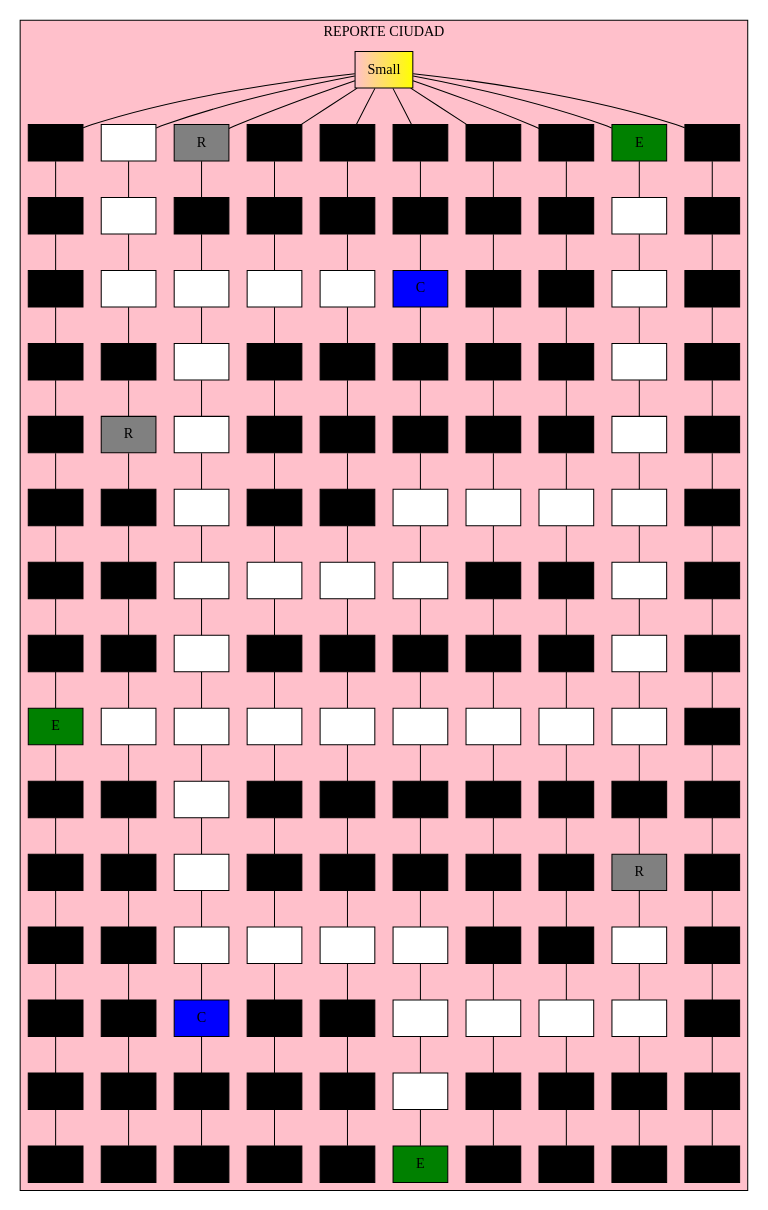
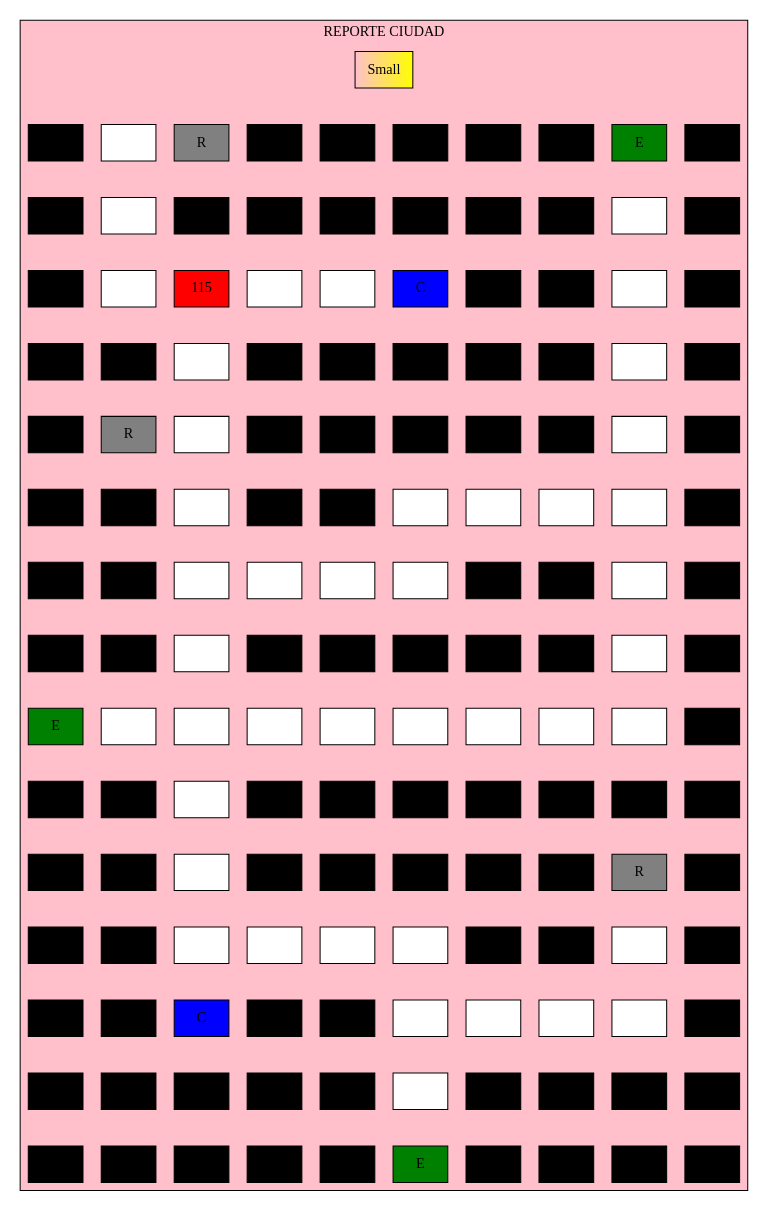
Before and after one commit to NatalyDuarte/IPC2_Proyecto2_202001570: the diagram in graficapatron.dot, drawn with Graphviz. The commit also changed 5 other files, not shown here.

```diff
--- a/graficapatron.dot
+++ b/graficapatron.dot
@@ -25,7 +25,7 @@
 name19[label="*" fillcolor="black" shape="box"];
 name20[label="*" fillcolor="black" shape="box"];
 name21[label=" " fillcolor="white" shape="box"];
-name22[label=" " fillcolor="white" shape="box"];
+name22[label="115" fillcolor="red" shape="box"];
 name23[label=" " fillcolor="white" shape="box"];
 name24[label=" " fillcolor="white" shape="box"];
 name25[label="C" fillcolor="blue" shape="box"];
@@ -153,155 +153,155 @@
 name147[label="*" fillcolor="black" shape="box"];
 name148[label="*" fillcolor="black" shape="box"];
 name149[label="*" fillcolor="black" shape="box"];
-nodoP -- name0;
-nodoP -- name1;
-nodoP -- name2;
-nodoP -- name3;
-nodoP -- name4;
-nodoP -- name5;
-nodoP -- name6;
-nodoP -- name7;
-nodoP -- name8;
-nodoP -- name9;
-name0 -- name10;
-name1 -- name11;
-name2 -- name12;
-name3 -- name13;
-name4 -- name14;
-name5 -- name15;
-name6 -- name16;
-name7 -- name17;
-name8 -- name18;
-name9 -- name19;
-name10 -- name20;
-name11 -- name21;
-name12 -- name22;
-name13 -- name23;
-name14 -- name24;
-name15 -- name25;
-name16 -- name26;
-name17 -- name27;
-name18 -- name28;
-name19 -- name29;
-name20 -- name30;
-name21 -- name31;
-name22 -- name32;
-name23 -- name33;
-name24 -- name34;
-name25 -- name35;
-name26 -- name36;
-name27 -- name37;
-name28 -- name38;
-name29 -- name39;
-name30 -- name40;
-name31 -- name41;
-name32 -- name42;
-name33 -- name43;
-name34 -- name44;
-name35 -- name45;
-name36 -- name46;
-name37 -- name47;
-name38 -- name48;
-name39 -- name49;
-name40 -- name50;
-name41 -- name51;
-name42 -- name52;
-name43 -- name53;
-name44 -- name54;
-name45 -- name55;
-name46 -- name56;
-name47 -- name57;
-name48 -- name58;
-name49 -- name59;
-name50 -- name60;
-name51 -- name61;
-name52 -- name62;
-name53 -- name63;
-name54 -- name64;
-name55 -- name65;
-name56 -- name66;
-name57 -- name67;
-name58 -- name68;
-name59 -- name69;
-name60 -- name70;
-name61 -- name71;
-name62 -- name72;
-name63 -- name73;
-name64 -- name74;
-name65 -- name75;
-name66 -- name76;
-name67 -- name77;
-name68 -- name78;
-name69 -- name79;
-name70 -- name80;
-name71 -- name81;
-name72 -- name82;
-name73 -- name83;
-name74 -- name84;
-name75 -- name85;
-name76 -- name86;
-name77 -- name87;
-name78 -- name88;
-name79 -- name89;
-name80 -- name90;
-name81 -- name91;
-name82 -- name92;
-name83 -- name93;
-name84 -- name94;
-name85 -- name95;
-name86 -- name96;
-name87 -- name97;
-name88 -- name98;
-name89 -- name99;
-name90 -- name100;
-name91 -- name101;
-name92 -- name102;
-name93 -- name103;
-name94 -- name104;
-name95 -- name105;
-name96 -- name106;
-name97 -- name107;
-name98 -- name108;
-name99 -- name109;
-name100 -- name110;
-name101 -- name111;
-name102 -- name112;
-name103 -- name113;
-name104 -- name114;
-name105 -- name115;
-name106 -- name116;
-name107 -- name117;
-name108 -- name118;
-name109 -- name119;
-name110 -- name120;
-name111 -- name121;
-name112 -- name122;
-name113 -- name123;
-name114 -- name124;
-name115 -- name125;
-name116 -- name126;
-name117 -- name127;
-name118 -- name128;
-name119 -- name129;
-name120 -- name130;
-name121 -- name131;
-name122 -- name132;
-name123 -- name133;
-name124 -- name134;
-name125 -- name135;
-name126 -- name136;
-name127 -- name137;
-name128 -- name138;
-name129 -- name139;
-name130 -- name140;
-name131 -- name141;
-name132 -- name142;
-name133 -- name143;
-name134 -- name144;
-name135 -- name145;
-name136 -- name146;
-name137 -- name147;
-name138 -- name148;
-name139 -- name149;
+nodoP -- name0[style ="invis" rank="min"] ;
+nodoP -- name1[style ="invis" rank="min"] ;
+nodoP -- name2[style ="invis" rank="min"] ;
+nodoP -- name3[style ="invis" rank="min"] ;
+nodoP -- name4[style ="invis" rank="min"] ;
+nodoP -- name5[style ="invis" rank="min"] ;
+nodoP -- name6[style ="invis" rank="min"] ;
+nodoP -- name7[style ="invis" rank="min"] ;
+nodoP -- name8[style ="invis" rank="min"] ;
+nodoP -- name9[style ="invis" rank="min"] ;
+name0   -- name10 [style ="invis" rank="min"];
+name1   -- name11 [style ="invis" rank="min"];
+name2   -- name12 [style ="invis" rank="min"];
+name3   -- name13 [style ="invis" rank="min"];
+name4   -- name14 [style ="invis" rank="min"];
+name5   -- name15 [style ="invis" rank="min"];
+name6   -- name16 [style ="invis" rank="min"];
+name7   -- name17 [style ="invis" rank="min"];
+name8   -- name18 [style ="invis" rank="min"];
+name9   -- name19 [style ="invis" rank="min"];
+name10   -- name20 [style ="invis" rank="min"];
+name11   -- name21 [style ="invis" rank="min"];
+name12   -- name22 [style ="invis" rank="min"];
+name13   -- name23 [style ="invis" rank="min"];
+name14   -- name24 [style ="invis" rank="min"];
+name15   -- name25 [style ="invis" rank="min"];
+name16   -- name26 [style ="invis" rank="min"];
+name17   -- name27 [style ="invis" rank="min"];
+name18   -- name28 [style ="invis" rank="min"];
+name19   -- name29 [style ="invis" rank="min"];
+name20   -- name30 [style ="invis" rank="min"];
+name21   -- name31 [style ="invis" rank="min"];
+name22   -- name32 [style ="invis" rank="min"];
+name23   -- name33 [style ="invis" rank="min"];
+name24   -- name34 [style ="invis" rank="min"];
+name25   -- name35 [style ="invis" rank="min"];
+name26   -- name36 [style ="invis" rank="min"];
+name27   -- name37 [style ="invis" rank="min"];
+name28   -- name38 [style ="invis" rank="min"];
+name29   -- name39 [style ="invis" rank="min"];
+name30   -- name40 [style ="invis" rank="min"];
+name31   -- name41 [style ="invis" rank="min"];
+name32   -- name42 [style ="invis" rank="min"];
+name33   -- name43 [style ="invis" rank="min"];
+name34   -- name44 [style ="invis" rank="min"];
+name35   -- name45 [style ="invis" rank="min"];
+name36   -- name46 [style ="invis" rank="min"];
+name37   -- name47 [style ="invis" rank="min"];
+name38   -- name48 [style ="invis" rank="min"];
+name39   -- name49 [style ="invis" rank="min"];
+name40   -- name50 [style ="invis" rank="min"];
+name41   -- name51 [style ="invis" rank="min"];
+name42   -- name52 [style ="invis" rank="min"];
+name43   -- name53 [style ="invis" rank="min"];
+name44   -- name54 [style ="invis" rank="min"];
+name45   -- name55 [style ="invis" rank="min"];
+name46   -- name56 [style ="invis" rank="min"];
+name47   -- name57 [style ="invis" rank="min"];
+name48   -- name58 [style ="invis" rank="min"];
+name49   -- name59 [style ="invis" rank="min"];
+name50   -- name60 [style ="invis" rank="min"];
+name51   -- name61 [style ="invis" rank="min"];
+name52   -- name62 [style ="invis" rank="min"];
+name53   -- name63 [style ="invis" rank="min"];
+name54   -- name64 [style ="invis" rank="min"];
+name55   -- name65 [style ="invis" rank="min"];
+name56   -- name66 [style ="invis" rank="min"];
+name57   -- name67 [style ="invis" rank="min"];
+name58   -- name68 [style ="invis" rank="min"];
+name59   -- name69 [style ="invis" rank="min"];
+name60   -- name70 [style ="invis" rank="min"];
+name61   -- name71 [style ="invis" rank="min"];
+name62   -- name72 [style ="invis" rank="min"];
+name63   -- name73 [style ="invis" rank="min"];
+name64   -- name74 [style ="invis" rank="min"];
+name65   -- name75 [style ="invis" rank="min"];
+name66   -- name76 [style ="invis" rank="min"];
+name67   -- name77 [style ="invis" rank="min"];
+name68   -- name78 [style ="invis" rank="min"];
+name69   -- name79 [style ="invis" rank="min"];
+name70   -- name80 [style ="invis" rank="min"];
+name71   -- name81 [style ="invis" rank="min"];
+name72   -- name82 [style ="invis" rank="min"];
+name73   -- name83 [style ="invis" rank="min"];
+name74   -- name84 [style ="invis" rank="min"];
+name75   -- name85 [style ="invis" rank="min"];
+name76   -- name86 [style ="invis" rank="min"];
+name77   -- name87 [style ="invis" rank="min"];
+name78   -- name88 [style ="invis" rank="min"];
+name79   -- name89 [style ="invis" rank="min"];
+name80   -- name90 [style ="invis" rank="min"];
+name81   -- name91 [style ="invis" rank="min"];
+name82   -- name92 [style ="invis" rank="min"];
+name83   -- name93 [style ="invis" rank="min"];
+name84   -- name94 [style ="invis" rank="min"];
+name85   -- name95 [style ="invis" rank="min"];
+name86   -- name96 [style ="invis" rank="min"];
+name87   -- name97 [style ="invis" rank="min"];
+name88   -- name98 [style ="invis" rank="min"];
+name89   -- name99 [style ="invis" rank="min"];
+name90   -- name100 [style ="invis" rank="min"];
+name91   -- name101 [style ="invis" rank="min"];
+name92   -- name102 [style ="invis" rank="min"];
+name93   -- name103 [style ="invis" rank="min"];
+name94   -- name104 [style ="invis" rank="min"];
+name95   -- name105 [style ="invis" rank="min"];
+name96   -- name106 [style ="invis" rank="min"];
+name97   -- name107 [style ="invis" rank="min"];
+name98   -- name108 [style ="invis" rank="min"];
+name99   -- name109 [style ="invis" rank="min"];
+name100   -- name110 [style ="invis" rank="min"];
+name101   -- name111 [style ="invis" rank="min"];
+name102   -- name112 [style ="invis" rank="min"];
+name103   -- name113 [style ="invis" rank="min"];
+name104   -- name114 [style ="invis" rank="min"];
+name105   -- name115 [style ="invis" rank="min"];
+name106   -- name116 [style ="invis" rank="min"];
+name107   -- name117 [style ="invis" rank="min"];
+name108   -- name118 [style ="invis" rank="min"];
+name109   -- name119 [style ="invis" rank="min"];
+name110   -- name120 [style ="invis" rank="min"];
+name111   -- name121 [style ="invis" rank="min"];
+name112   -- name122 [style ="invis" rank="min"];
+name113   -- name123 [style ="invis" rank="min"];
+name114   -- name124 [style ="invis" rank="min"];
+name115   -- name125 [style ="invis" rank="min"];
+name116   -- name126 [style ="invis" rank="min"];
+name117   -- name127 [style ="invis" rank="min"];
+name118   -- name128 [style ="invis" rank="min"];
+name119   -- name129 [style ="invis" rank="min"];
+name120   -- name130 [style ="invis" rank="min"];
+name121   -- name131 [style ="invis" rank="min"];
+name122   -- name132 [style ="invis" rank="min"];
+name123   -- name133 [style ="invis" rank="min"];
+name124   -- name134 [style ="invis" rank="min"];
+name125   -- name135 [style ="invis" rank="min"];
+name126   -- name136 [style ="invis" rank="min"];
+name127   -- name137 [style ="invis" rank="min"];
+name128   -- name138 [style ="invis" rank="min"];
+name129   -- name139 [style ="invis" rank="min"];
+name130   -- name140 [style ="invis" rank="min"];
+name131   -- name141 [style ="invis" rank="min"];
+name132   -- name142 [style ="invis" rank="min"];
+name133   -- name143 [style ="invis" rank="min"];
+name134   -- name144 [style ="invis" rank="min"];
+name135   -- name145 [style ="invis" rank="min"];
+name136   -- name146 [style ="invis" rank="min"];
+name137   -- name147 [style ="invis" rank="min"];
+name138   -- name148 [style ="invis" rank="min"];
+name139   -- name149 [style ="invis" rank="min"];
 }
 }
```
